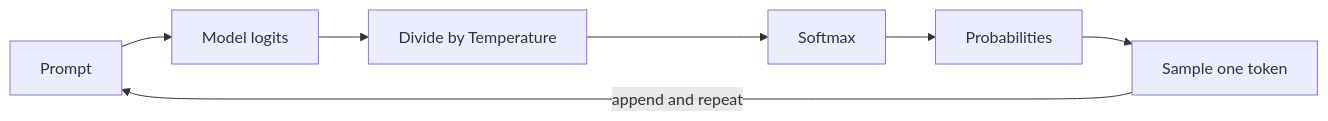
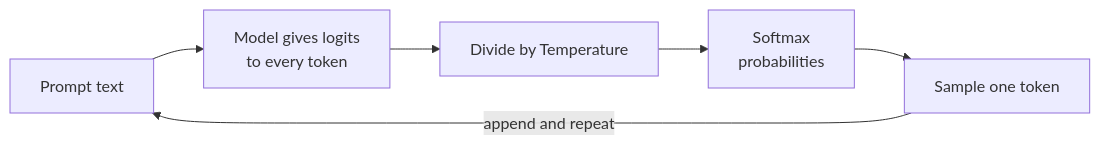
The first of 2 diagrams in notes/step-04-how-llms-generate-text/063-how-does-temperature-control-llm-output.md (kaisarnajar/outcome-school-blogs), drawn with Mermaid before and after one commit. The commit also changed other lines of this file and 233 other files, not shown here.

````diff
--- a/notes/step-04-how-llms-generate-text/063-how-does-temperature-control-llm-output.md
+++ b/notes/step-04-how-llms-generate-text/063-how-does-temperature-control-llm-output.md
@@ -60,9 +69,8 @@
 ```mermaid
 flowchart LR
-    A["Prompt"] --> B["Model logits"]
-    B --> C["Divide by Temperature"]
-    C --> D["Softmax"]
-    D --> E["Probabilities"]
-    E --> F["Sample one token"]
-    F -->|"append and repeat"| A
+    A1["Prompt text"] --> A2["Model gives logits<br/>to every token"]
+    A2 --> A3["Divide by Temperature"]
+    A3 --> A4["Softmax<br/>probabilities"]
+    A4 --> A5["Sample one token"]
+    A5 -->|"append and repeat"| A1
 ```
````
